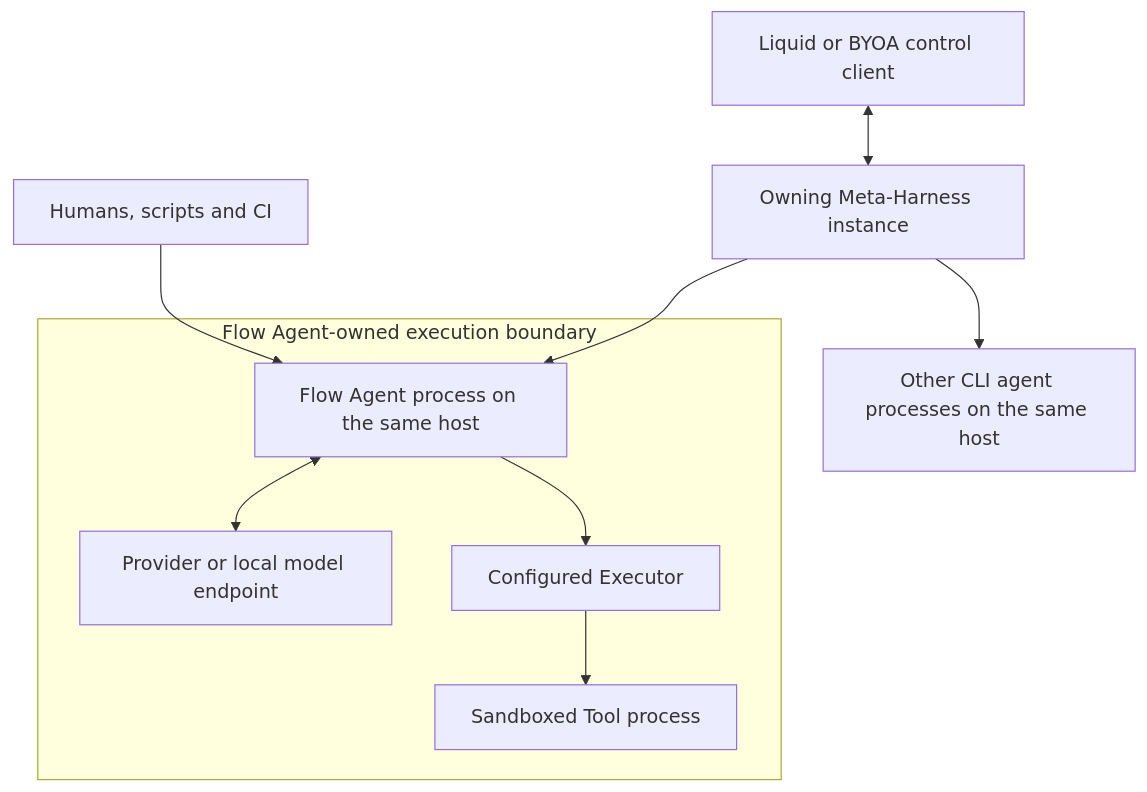
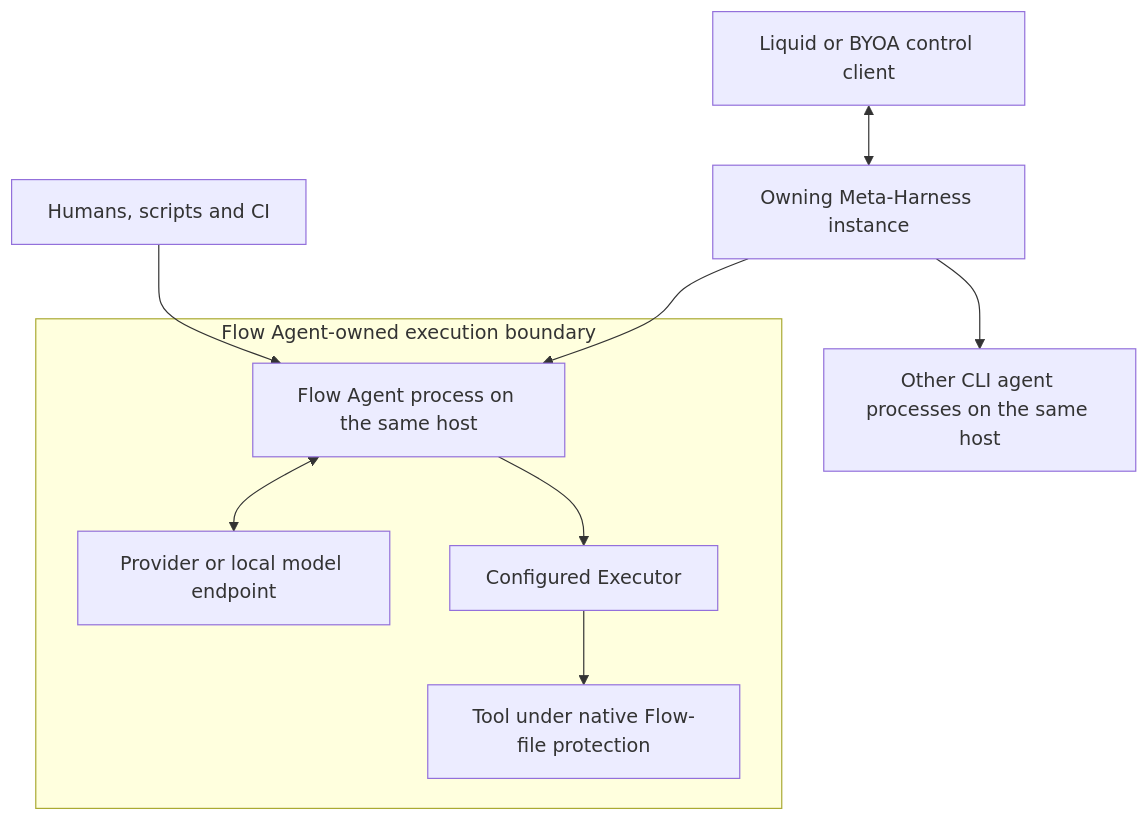
One commit to Open-Equilibrium/watershed changed the second of 2 diagrams in VISION.md. Above: the diagram before and after it, drawn with Mermaid. The commit also changed other lines of this file and 500 other files, not shown here.

First line of the commit message:
flow-agent: add native self-protection for trusted tools (#7)

````diff
--- a/VISION.md
+++ b/VISION.md
@@ -52,12 +52,12 @@
 ```mermaid
 flowchart TD
   UI["Liquid or BYOA control client"] <--> MH["Owning Meta-Harness instance"]
   MH --> OA["Other CLI agent processes on the same host"]
   DIRECT["Humans, scripts and CI"] --> FA
   MH --> FA
   subgraph FLOW["Flow Agent-owned execution boundary"]
     FA["Flow Agent process on the same host"] <--> PROVIDER["Provider or local model endpoint"]
     FA --> EXECUTOR["Configured Executor"]
-    EXECUTOR --> TOOL["Sandboxed Tool process"]
+    EXECUTOR --> TOOL["Tool under native Flow-file protection"]
   end
 ```
````
